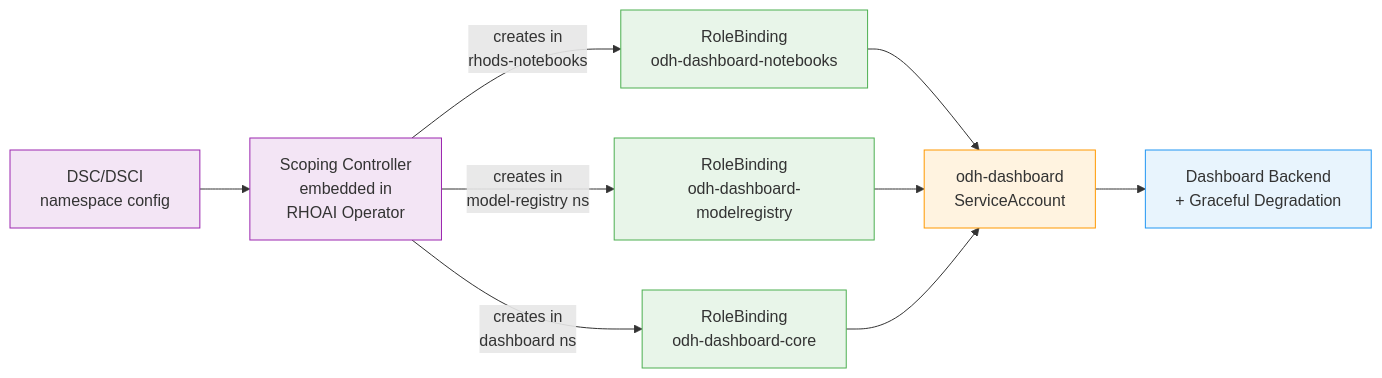
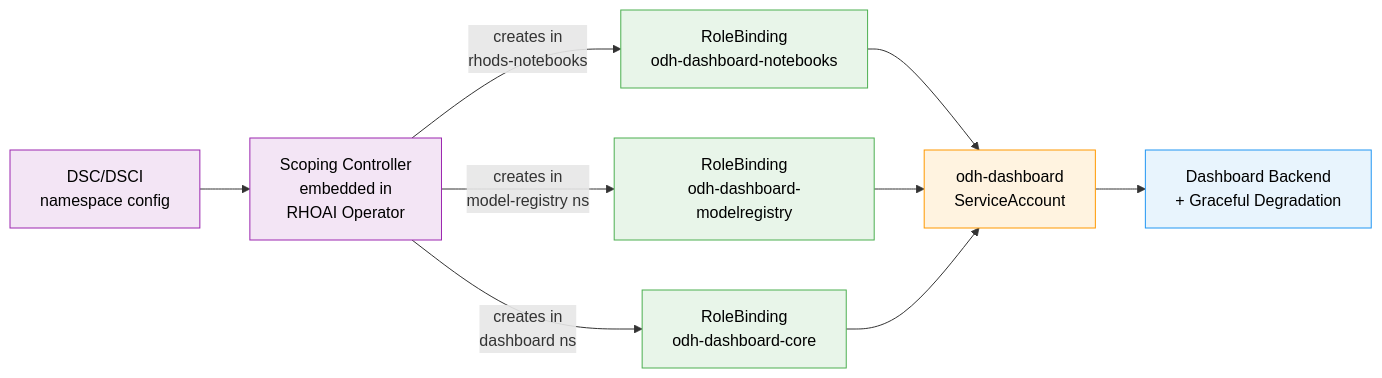
One commit to opendatahub-io/operator-rbac-toolkit changed the diagram in site/docs/examples/rhoai-dashboard.md. Above: the diagram before and after it, drawn with Mermaid. The commit also changed 9 other files, not shown here.

First line of the commit message:
fix(site): add explicit dark text color to all mermaid diagrams

````diff
--- a/site/docs/examples/rhoai-dashboard.md
+++ b/site/docs/examples/rhoai-dashboard.md
@@ -32,22 +32,22 @@
 ```mermaid
 flowchart LR
     DSC["DSC/DSCI\nnamespace config"] --> SC["Scoping Controller\nembedded in\nRHOAI Operator"]
 
     SC -->|creates in\nrhods-notebooks| RB1["RoleBinding\nodh-dashboard-notebooks"]
     SC -->|creates in\nmodel-registry ns| RB2["RoleBinding\nodh-dashboard-modelregistry"]
     SC -->|creates in\ndashboard ns| RB3["RoleBinding\nodh-dashboard-core"]
 
     RB1 --> SA["odh-dashboard\nServiceAccount"]
     RB2 --> SA
     RB3 --> SA
 
     SA --> DASH["Dashboard Backend\n+ Graceful Degradation"]
 
-    style SC fill:#f3e5f5,stroke:#9C27B0
-    style DSC fill:#f3e5f5,stroke:#9C27B0
-    style RB1 fill:#e8f5e9,stroke:#4CAF50
-    style RB2 fill:#e8f5e9,stroke:#4CAF50
-    style RB3 fill:#e8f5e9,stroke:#4CAF50
-    style SA fill:#fff3e0,stroke:#FF9800
-    style DASH fill:#e8f4fd,stroke:#2196F3
+    style SC fill:#f3e5f5,stroke:#9C27B0,color:#000
+    style DSC fill:#f3e5f5,stroke:#9C27B0,color:#000
+    style RB1 fill:#e8f5e9,stroke:#4CAF50,color:#000
+    style RB2 fill:#e8f5e9,stroke:#4CAF50,color:#000
+    style RB3 fill:#e8f5e9,stroke:#4CAF50,color:#000
+    style SA fill:#fff3e0,stroke:#FF9800,color:#000
+    style DASH fill:#e8f4fd,stroke:#2196F3,color:#000
 ```
````
